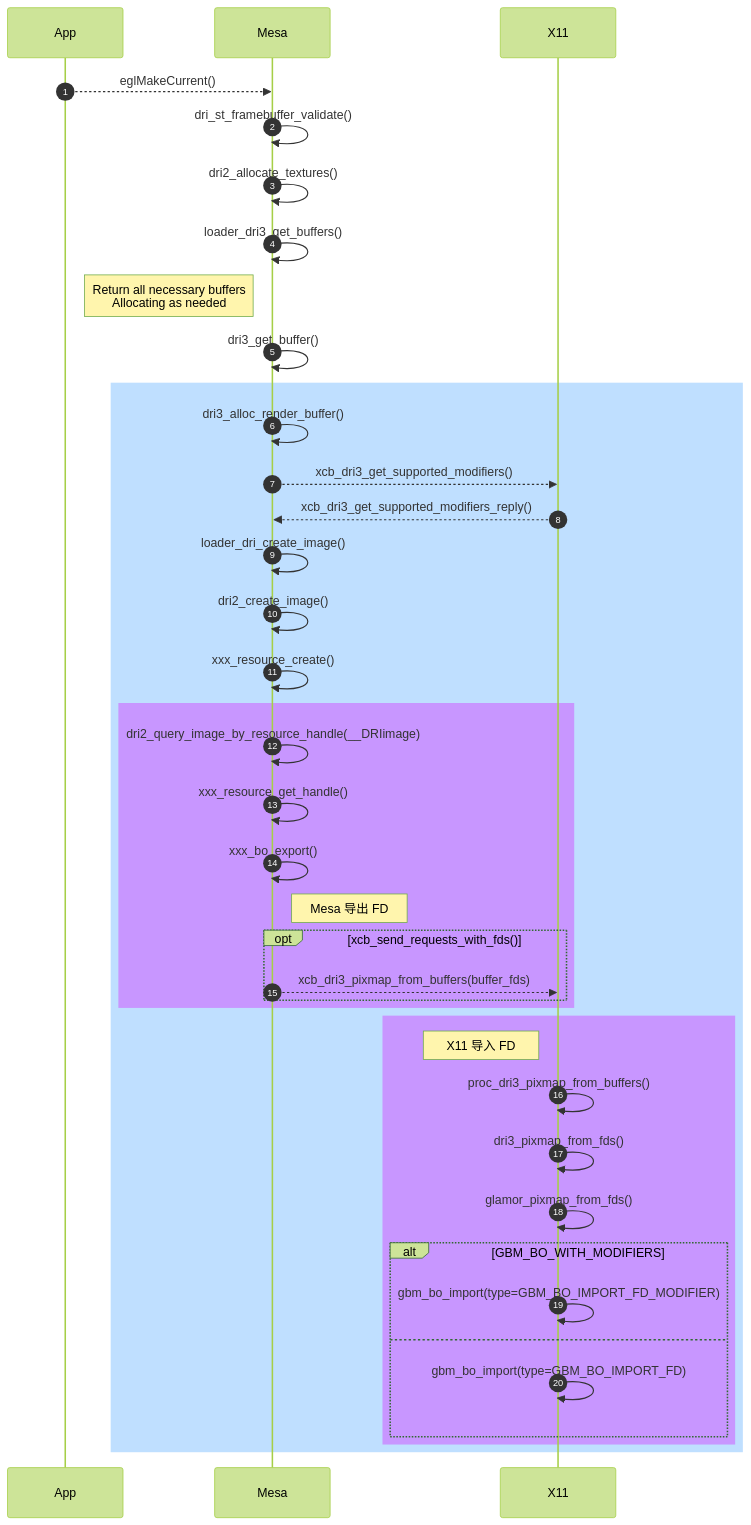
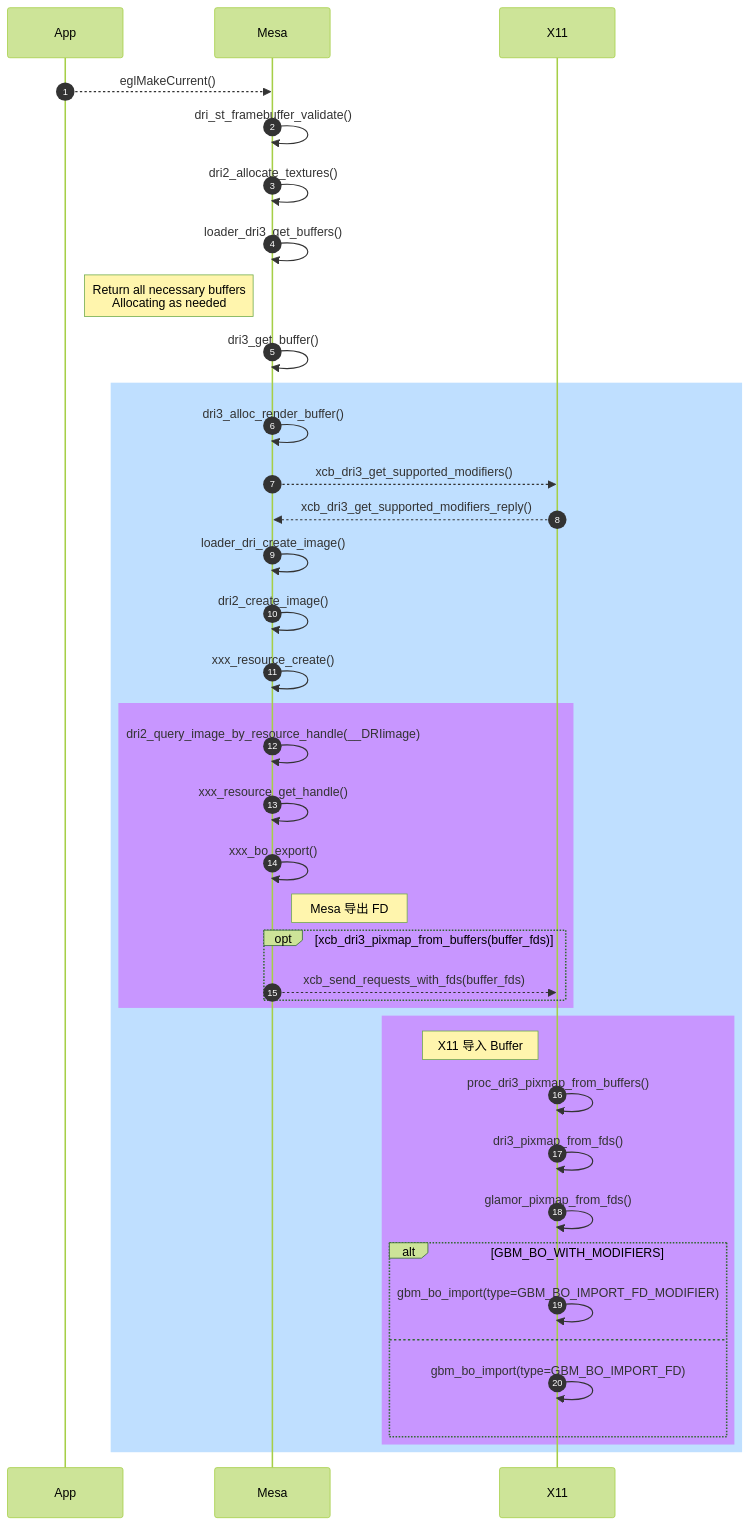
The second of 3 diagrams in source/_posts/gfx/dri3.md (lucmann/lucmann.github.io), drawn with Mermaid (forest theme) before and after one commit. The commit also changed other lines of this file, not shown here.

Commit message:
gfx: dri3: try mermaid sequence diagram

````diff
--- a/source/_posts/gfx/dri3.md
+++ b/source/_posts/gfx/dri3.md
@@ -136,42 +136,42 @@
 ```mermaid
 sequenceDiagram
     autonumber
     participant App
     participant Mesa
     participant X11
 
     App-->>Mesa: eglMakeCurrent()
     Mesa->>Mesa: dri_st_framebuffer_validate()
     Mesa->>Mesa: dri2_allocate_textures()
     Mesa->>Mesa: loader_dri3_get_buffers()
     note left of Mesa: Return all necessary buffers<br/>Allocating as needed
     Mesa->>Mesa: dri3_get_buffer()
     rect rgb(191, 223, 255)
     Mesa->>Mesa: dri3_alloc_render_buffer()
     Mesa-->>X11: xcb_dri3_get_supported_modifiers()
     X11-->>Mesa: xcb_dri3_get_supported_modifiers_reply()
     Mesa->>Mesa: loader_dri_create_image()
     Mesa->>Mesa: dri2_create_image()
     Mesa->>Mesa: xxx_resource_create()
     rect rgb(200, 150, 255)
     Mesa->>Mesa: dri2_query_image_by_resource_handle(__DRIimage)
     Mesa->>Mesa: xxx_resource_get_handle()
     Mesa->>Mesa: xxx_bo_export()
     note right of Mesa: Mesa 导出 FD
-    opt xcb_send_requests_with_fds()
-        Mesa-->>X11: xcb_dri3_pixmap_from_buffers(buffer_fds)
+    opt xcb_dri3_pixmap_from_buffers(buffer_fds)
+        Mesa-->>X11: xcb_send_requests_with_fds(buffer_fds)
     end
     end
     rect rgb(200, 150, 255)
-    note left of X11: X11 导入 FD
+    note left of X11: X11 导入 Buffer
     X11->>X11: proc_dri3_pixmap_from_buffers()
     X11->>X11: dri3_pixmap_from_fds()
     X11->>X11: glamor_pixmap_from_fds()
     alt GBM_BO_WITH_MODIFIERS
         X11->>X11: gbm_bo_import(type=GBM_BO_IMPORT_FD_MODIFIER)
     else
         X11->>X11: gbm_bo_import(type=GBM_BO_IMPORT_FD)
     end
     end
     end
 ```
````
